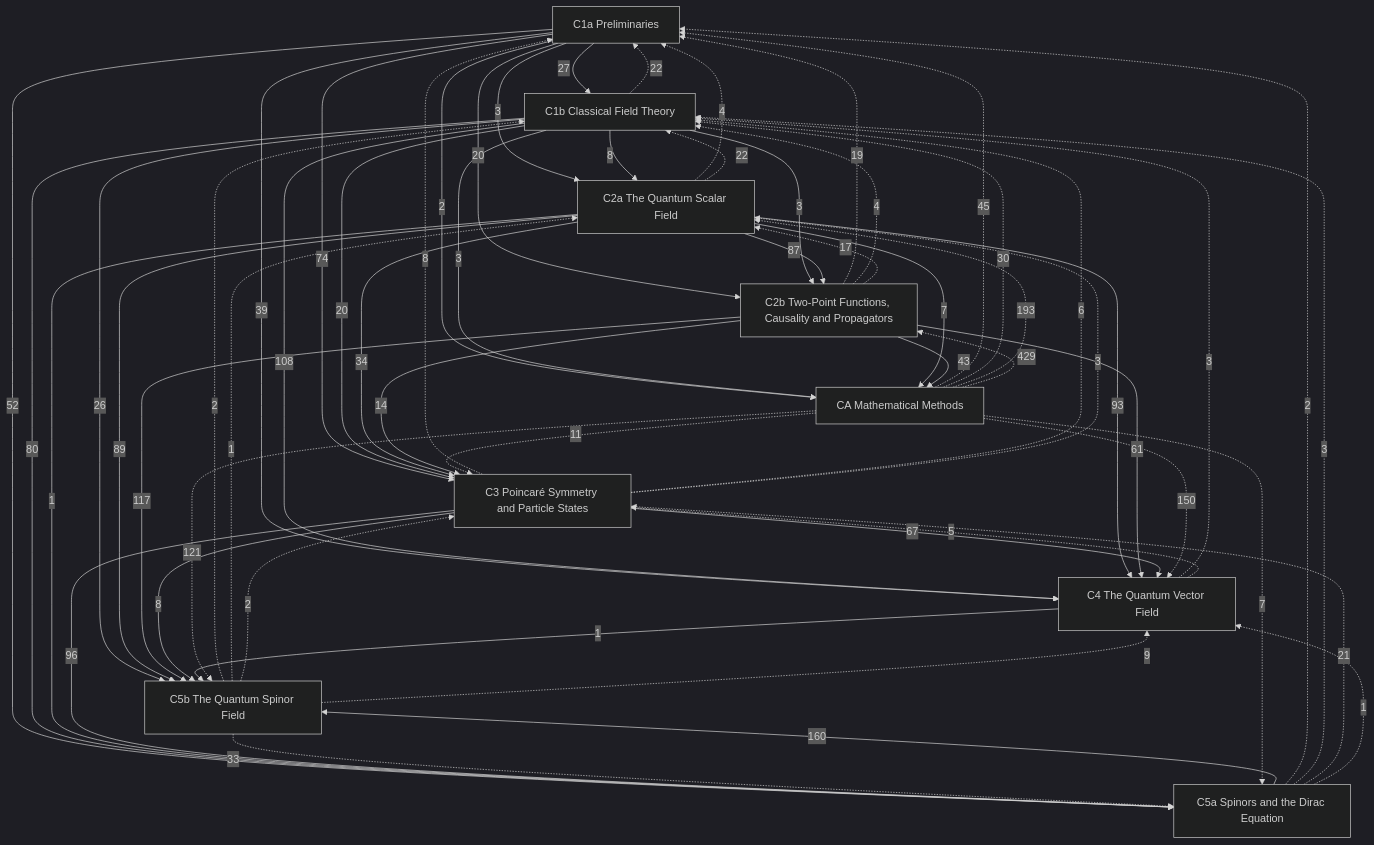
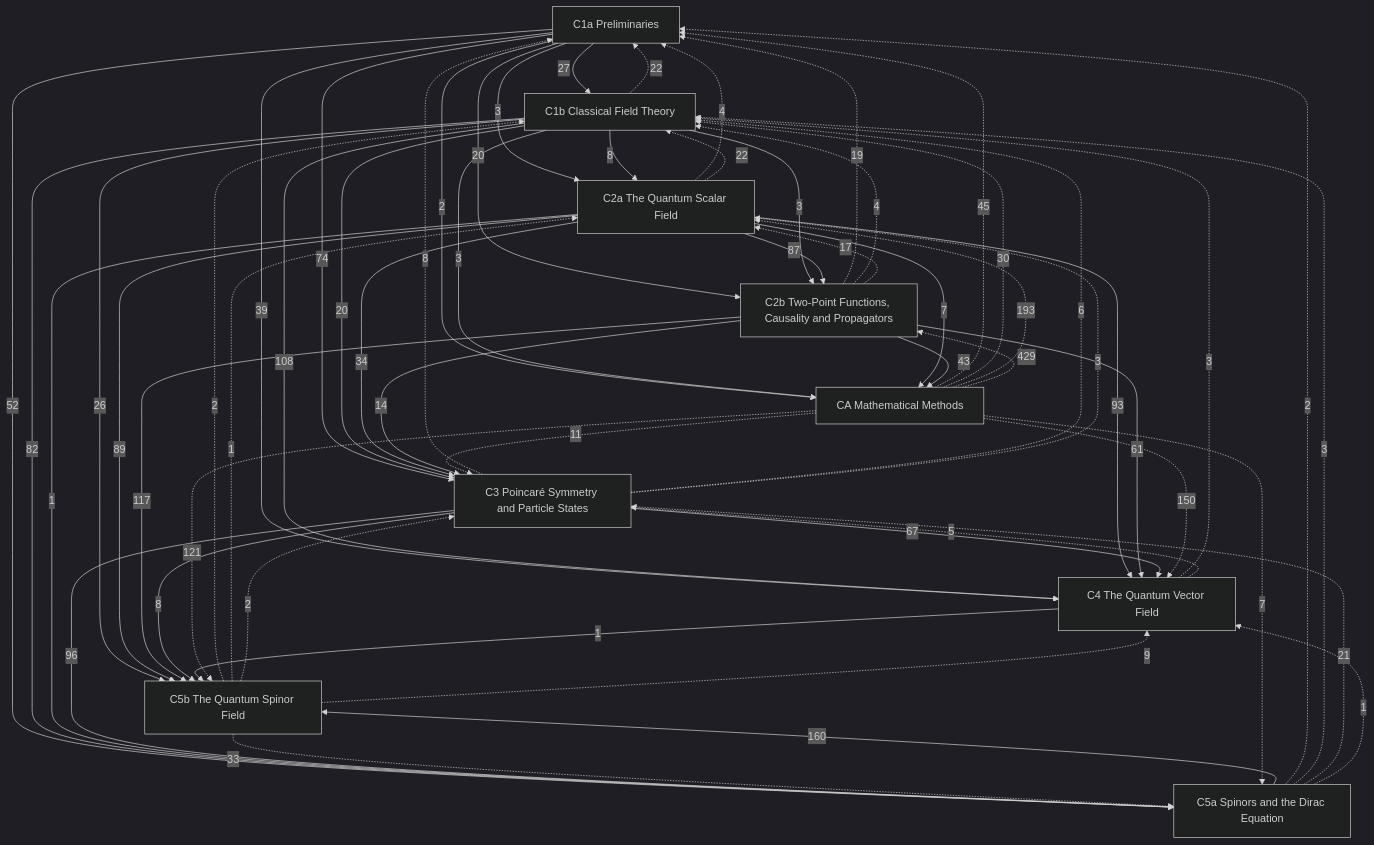
One commit to Onion20040508/notes changed the diagram in Physics/Quantum Field Theory/Quantum Field Theory.md. Above: the diagram before and after it, drawn with Mermaid (dark theme). The commit also changed 6 other files, not shown here.

````diff
--- a/Physics/Quantum Field Theory/Quantum Field Theory.md
+++ b/Physics/Quantum Field Theory/Quantum Field Theory.md
@@ -28,69 +28,69 @@
 ```mermaid
 graph TD
   C1a["C1a Preliminaries"]
   C1b["C1b Classical Field Theory"]
   C2a["C2a The Quantum Scalar Field"]
   C2b["C2b Two-Point Functions, Causality and Propagators"]
   C3["C3 Poincaré Symmetry and Particle States"]
   C4["C4 The Quantum Vector Field"]
   C5a["C5a Spinors and the Dirac Equation"]
   C5b["C5b The Quantum Spinor Field"]
   CA["CA Mathematical Methods"]
   C1a -->|27| C1b
   C1a -->|3| C2a
   C1b -->|8| C2a
   C1a -->|20| C2b
   C1b -->|3| C2b
   C2a -->|87| C2b
   C1a -->|74| C3
   C1b -->|20| C3
   C2a -->|34| C3
   C2b -->|14| C3
   C1a -->|39| C4
   C1b -->|108| C4
   C2a -->|93| C4
   C2b -->|61| C4
   C3 -->|67| C4
   C1a -->|52| C5a
-  C1b -->|80| C5a
+  C1b -->|82| C5a
   C2a -->|1| C5a
   C3 -->|96| C5a
   C1b -->|26| C5b
   C2a -->|89| C5b
   C2b -->|117| C5b
   C3 -->|8| C5b
   C4 -->|1| C5b
   C5a -->|160| C5b
   C1a -->|2| CA
   C1b -->|3| CA
   C2a -->|7| CA
   C2b -->|43| CA
   C1b -.->|22| C1a
   C2a -.->|4| C1a
   C2b -.->|19| C1a
   C3 -.->|8| C1a
   C5a -.->|2| C1a
   CA -.->|45| C1a
   C2a -.->|22| C1b
   C2b -.->|4| C1b
   C3 -.->|6| C1b
   C4 -.->|3| C1b
   C5a -.->|3| C1b
   C5b -.->|2| C1b
   CA -.->|30| C1b
   C2b -.->|17| C2a
   C3 -.->|3| C2a
   C5b -.->|1| C2a
   CA -.->|193| C2a
   CA -.->|429| C2b
   C4 -.->|5| C3
   C5a -.->|21| C3
   C5b -.->|2| C3
   CA -.->|11| C3
   C5a -.->|1| C4
   C5b -.->|9| C4
   CA -.->|150| C4
   C5b -.->|33| C5a
   CA -.->|7| C5a
   CA -.->|121| C5b
 ```
````
